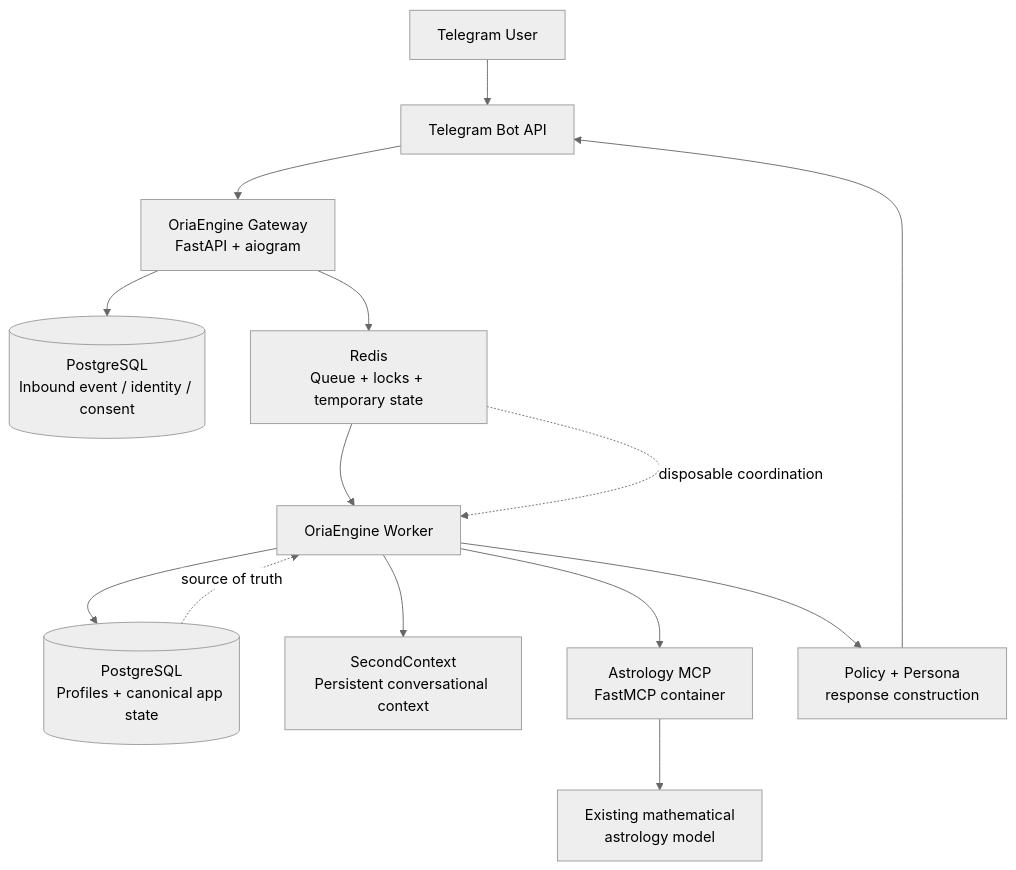
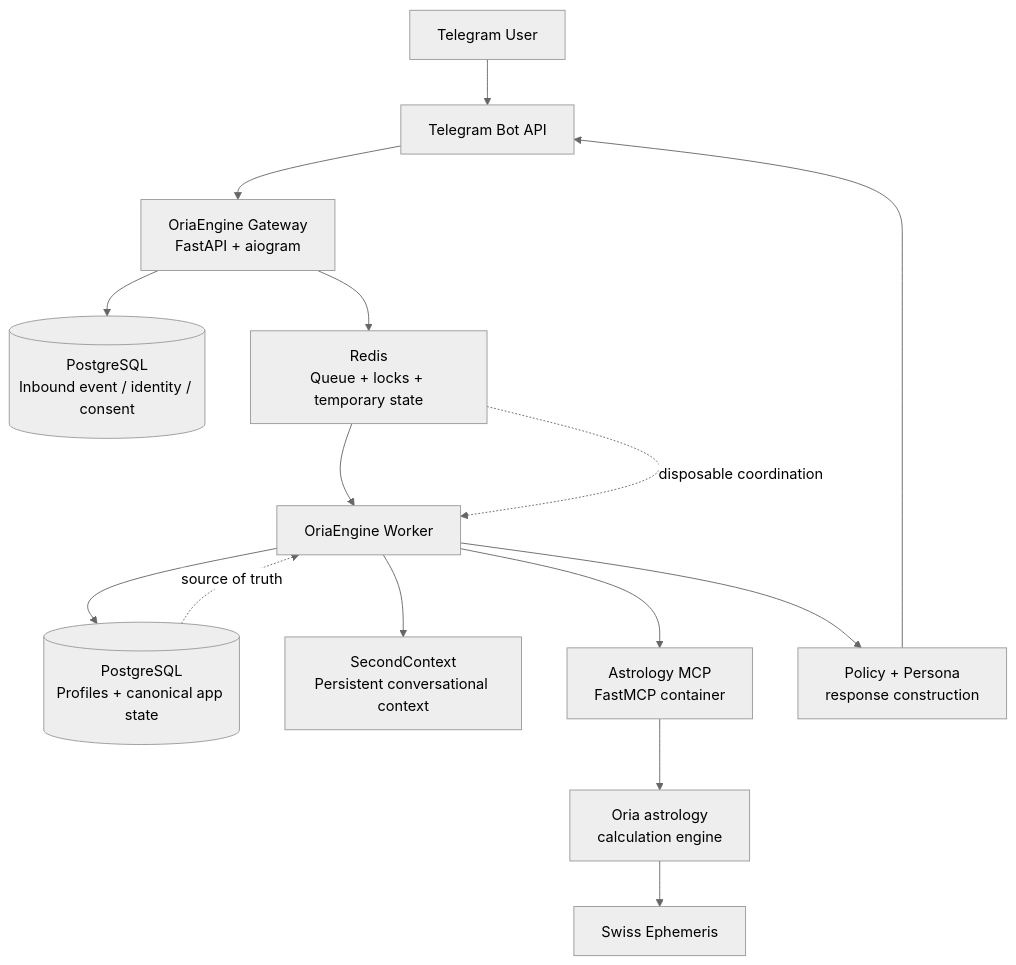
One commit to bdobrica/OriaEngine changed the second of 7 diagrams in PLAN.md. Above: the diagram before and after it, drawn with Mermaid (neutral theme). The commit also changed other lines of this file and 1 other file, not shown here.

Commit message:
docs: clarify astrology calculation engine scope

````diff
--- a/PLAN.md
+++ b/PLAN.md
@@ -237,21 +237,22 @@
 ```mermaid
 flowchart TD
     TG[Telegram User] --> TGA[Telegram Bot API]
     TGA --> GW[OriaEngine Gateway<br/>FastAPI + aiogram]
 
     GW --> IN[(PostgreSQL<br/>Inbound event / identity / consent)]
     GW --> RQ[Redis<br/>Queue + locks + temporary state]
     RQ --> WK[OriaEngine Worker]
 
     WK --> DB[(PostgreSQL<br/>Profiles + canonical app state)]
     WK --> CTX[SecondContext<br/>Persistent conversational context]
     WK --> MCP[Astrology MCP<br/>FastMCP container]
 
-    MCP --> MODEL[Existing mathematical<br/>astrology model]
+    MCP --> ENGINE[Oria astrology<br/>calculation engine]
+    ENGINE --> EPHEMERIS[Swiss Ephemeris]
 
     WK --> POL[Policy + Persona<br/>response construction]
     POL --> TGA
 
     DB -. source of truth .-> WK
     RQ -. disposable coordination .-> WK
 ```
````
